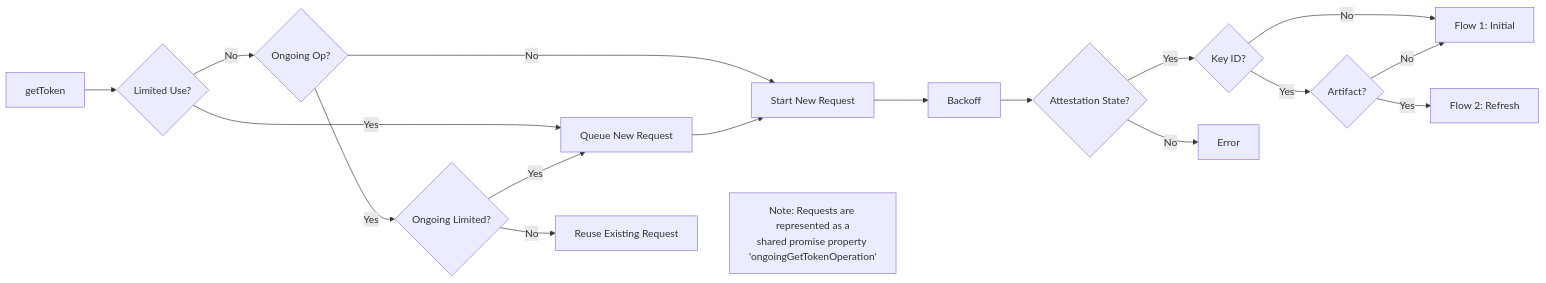
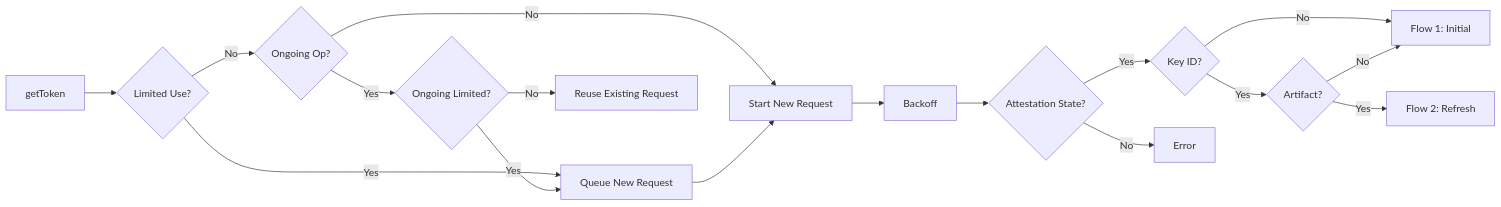
Before and after one commit to google/app-check: the first of 4 diagrams in docs/providers/app-attest.md, drawn with Mermaid.

````diff
--- a/docs/providers/app-attest.md
+++ b/docs/providers/app-attest.md
@@ -31,31 +31,29 @@
 ```mermaid
 %%{init: {"flowchart": {"diagramPadding": 125}}}%%
 flowchart LR
     Start[getToken] --> CheckUse{Limited Use?}
     
     CheckUse -- Yes --> Queue[Queue New Request]
     CheckUse -- No --> Coalesce{Ongoing Op?}
     
     Coalesce -- No --> StartNew[Start New Request]
     Coalesce -- Yes --> CheckOngoing{Ongoing Limited?}
     
     CheckOngoing -- Yes --> Queue
     CheckOngoing -- No --> Reuse[Reuse Existing Request]
     
     Queue --> StartNew
     StartNew --> Backoff[Backoff]
     
     Backoff --> StateCheck{Attestation State?}
     
     StateCheck -->|Yes| KeyCheck{Key ID?}
     
     KeyCheck -- No --> Flow1[Flow 1: Initial]
     KeyCheck -- Yes --> ArtifactCheck{Artifact?}
     
     ArtifactCheck -- No --> Flow1
     ArtifactCheck -- Yes --> Flow2[Flow 2: Refresh]
 
     StateCheck -->|No| Error[Error]
-
-    Reuse ~~~ Footnote[Note: Requests are represented as a<br/>shared promise property 'ongoingGetTokenOperation']
 ```
````
